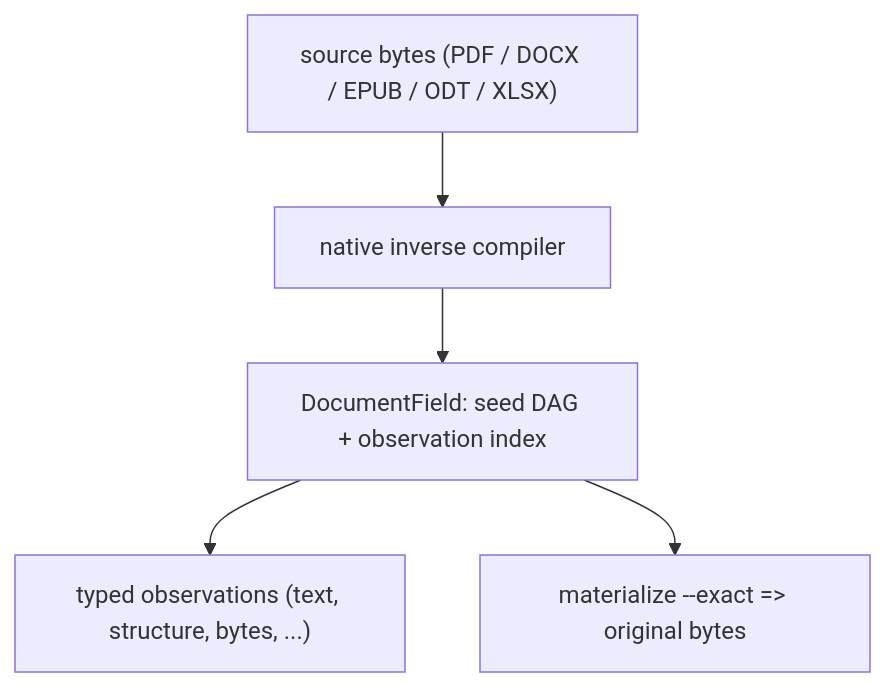
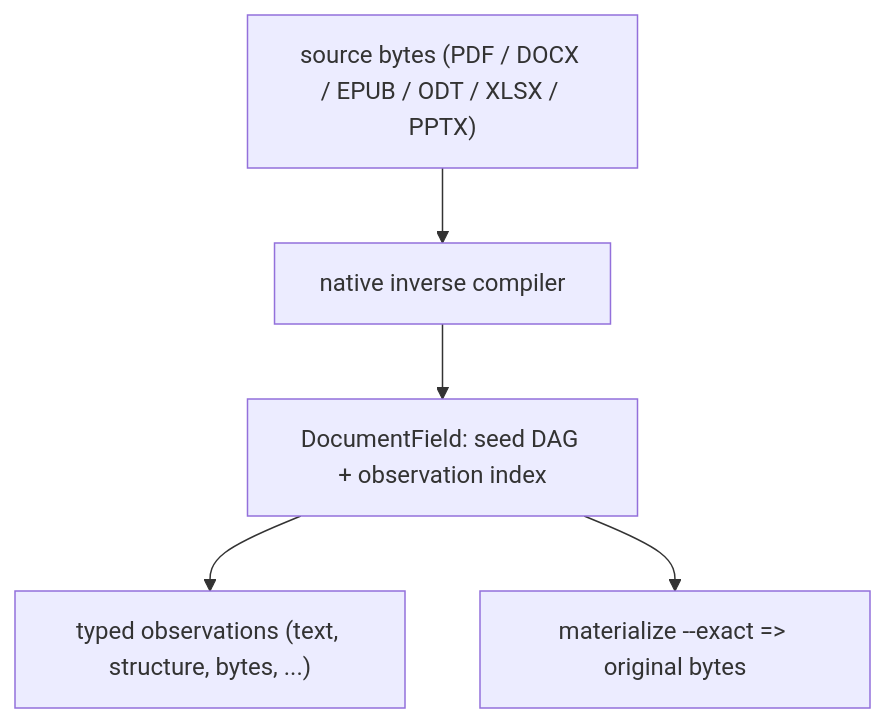
One commit to infinityabundance/vole-document changed the diagram in README.md. Above: the diagram before and after it, drawn with Mermaid. The commit also changed other lines of this file and 12 other files, not shown here.

````diff
--- a/README.md
+++ b/README.md
@@ -114,7 +114,7 @@
 ```mermaid
 flowchart TD
-    A["source bytes (PDF / DOCX / EPUB / ODT / XLSX)"] --> B["native inverse compiler"]
+    A["source bytes (PDF / DOCX / EPUB / ODT / XLSX / PPTX)"] --> B["native inverse compiler"]
     B --> C["DocumentField: seed DAG + observation index"]
     C --> D["typed observations (text, structure, bytes, ...)"]
     C --> E["materialize --exact => original bytes"]
 ```
````
